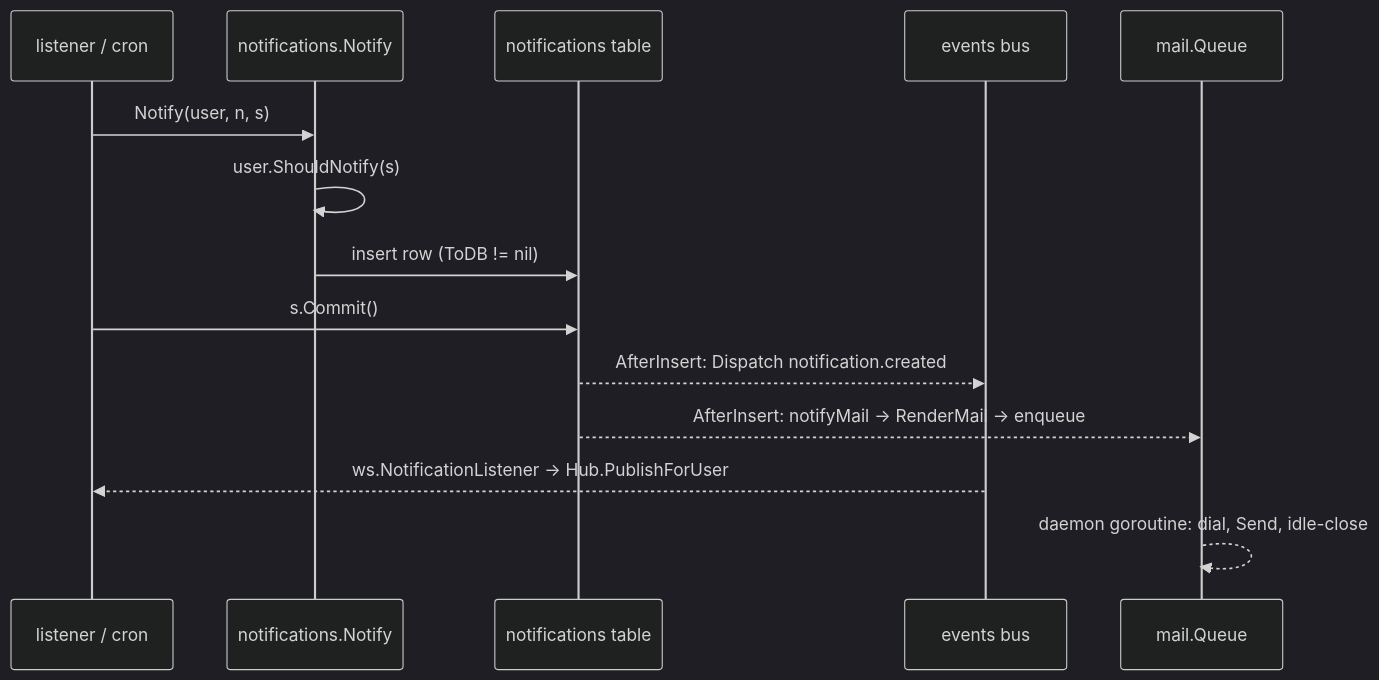
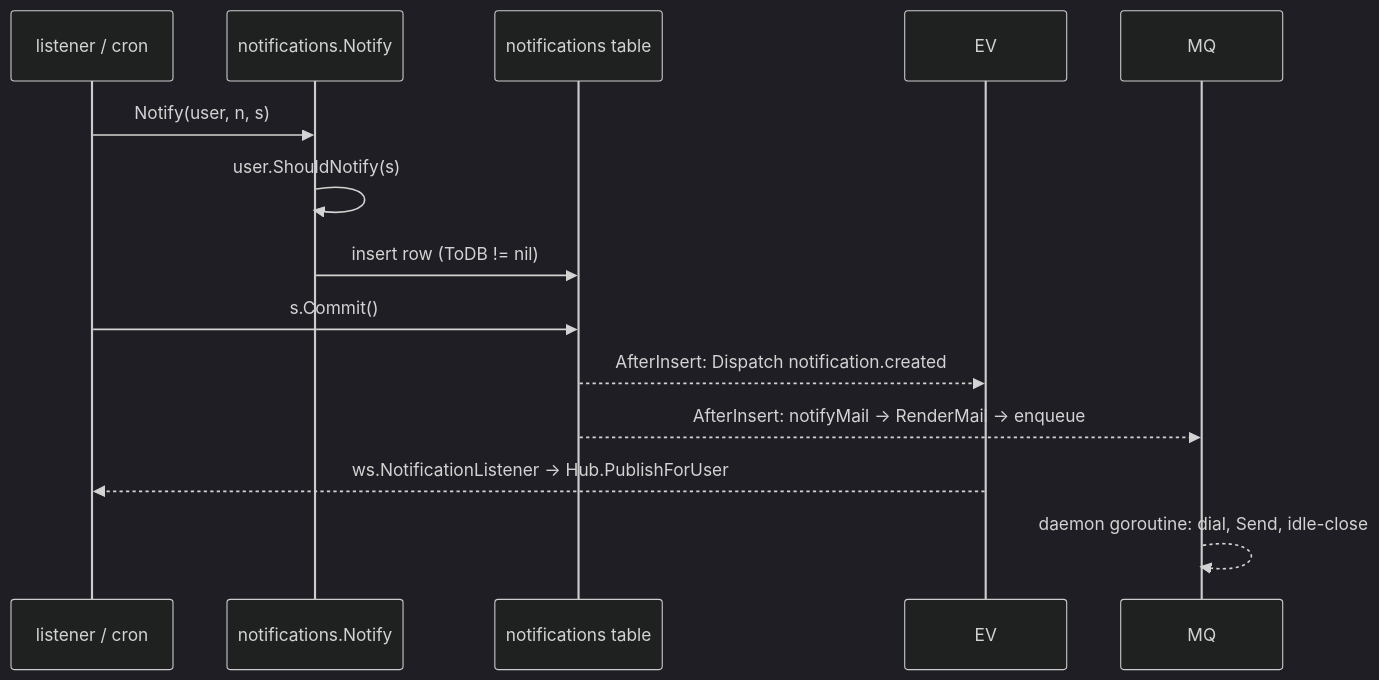
One commit to talbama/vikunja-port changed the diagram in .agents/wiki/components/backend/notifications-and-mail.md. Above: the diagram before and after it, drawn with Mermaid (dark theme). The commit also changed other lines of this file and 57 other files, not shown here.

````diff
--- a/.agents/wiki/components/backend/notifications-and-mail.md
+++ b/.agents/wiki/components/backend/notifications-and-mail.md
@@ -38,16 +38,14 @@
 ```mermaid
 sequenceDiagram
     participant L as listener / cron
     participant N as notifications.Notify
     participant DB as notifications table
-    participant EV as events bus
-    participant MQ as mail.Queue
     L->>N: Notify(user, n, s)
     N->>N: user.ShouldNotify(s)
     N->>DB: insert row (ToDB != nil)
     L->>DB: s.Commit()
     DB-->>EV: AfterInsert: Dispatch notification.created
     DB-->>MQ: AfterInsert: notifyMail → RenderMail → enqueue
     EV-->>L: ws.NotificationListener → Hub.PublishForUser
     MQ-->>MQ: daemon goroutine: dial, Send, idle-close
 ```
````
